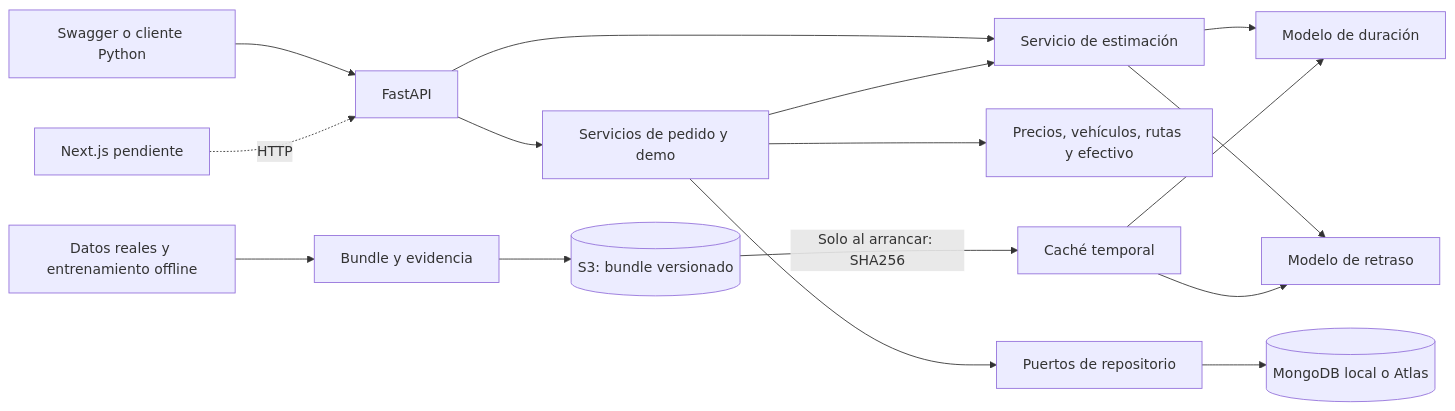
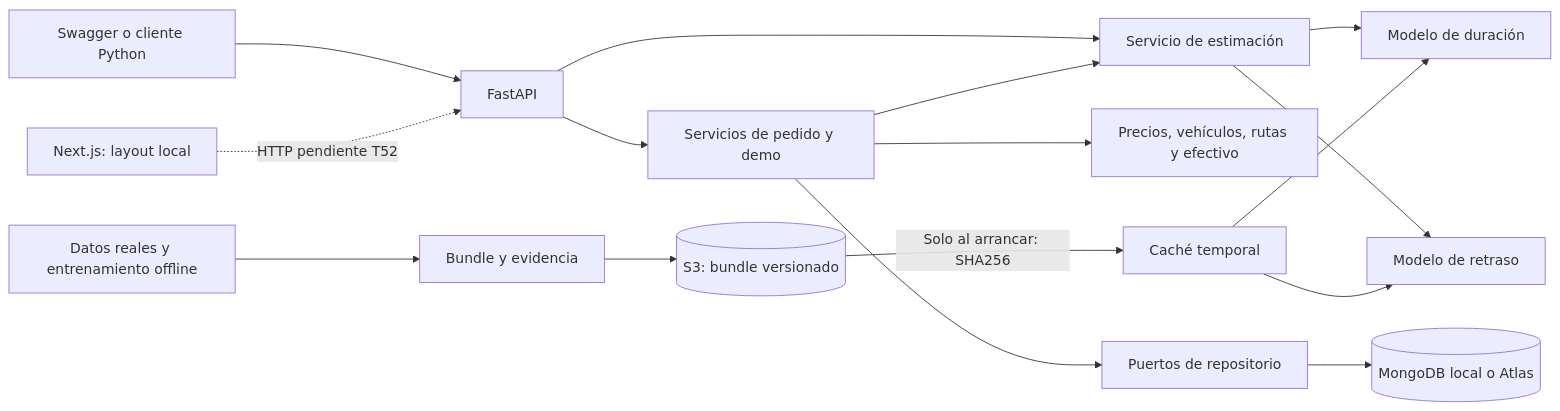
Before and after one commit to rvigil24/ml-delivery-app: the diagram in docs/ARCHITECTURE.md, drawn with Mermaid. The commit also changed other lines of this file and 26 other files, not shown here.

Commit message:
feat(T47): crear layout Next.js con cuatro vistas y chat de muestra

````diff
--- a/docs/ARCHITECTURE.md
+++ b/docs/ARCHITECTURE.md
@@ -15,18 +17,18 @@
 ```mermaid
 flowchart LR
     Client[Swagger o cliente Python] --> API[FastAPI]
-    UI[Next.js pendiente] -. HTTP .-> API
+    UI[Next.js: layout local] -. HTTP pendiente T52 .-> API
     API --> Estimate[Servicio de estimación]
     Estimate --> ETA[Modelo de duración]
     Estimate --> Risk[Modelo de retraso]
     API --> Demo[Servicios de pedido y demo]
     Demo --> Estimate
     Demo --> Rules[Precios, vehículos, rutas y efectivo]
     Demo --> Ports[Puertos de repositorio]
     Ports --> Mongo[(MongoDB local o Atlas)]
     S3[(S3: bundle versionado)] -->|Solo al arrancar: SHA256| Cache[Caché temporal]
     Cache --> ETA
     Cache --> Risk
     Offline[Datos reales y entrenamiento offline] --> Bundle[Bundle y evidencia]
     Bundle --> S3
 ```
````
